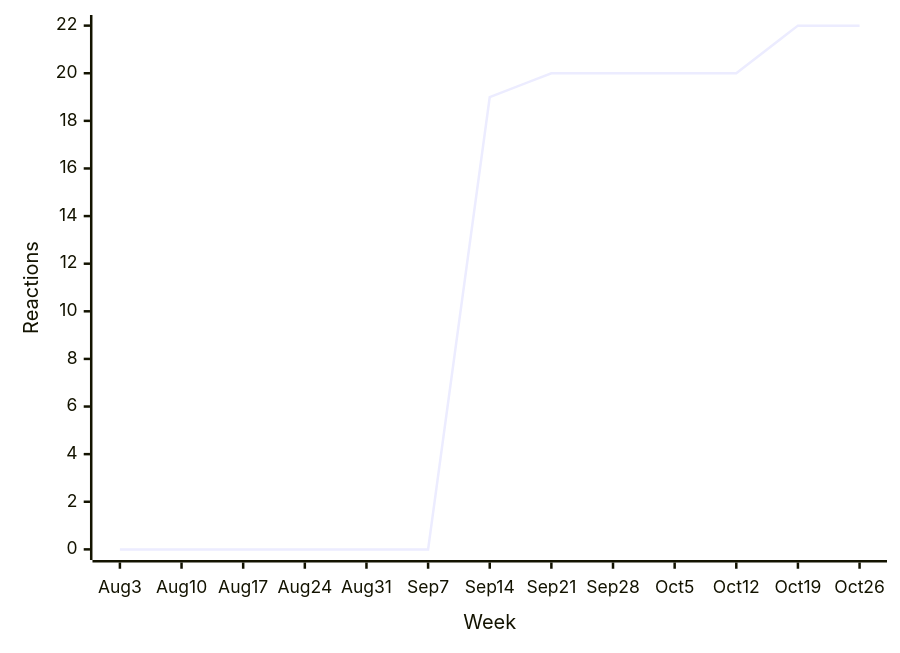
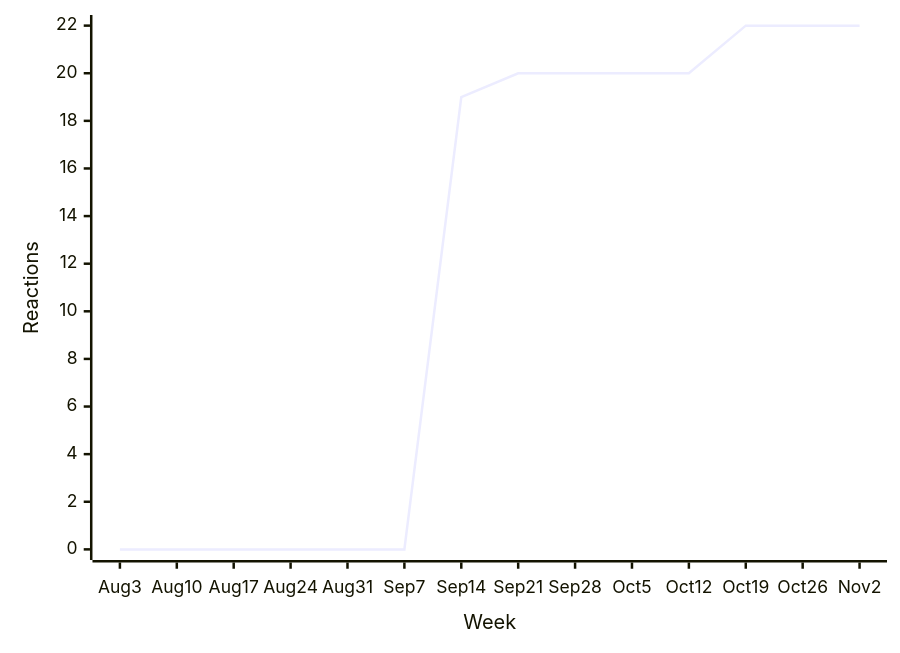
One commit to loic-sharma/github-insights changed the fifth of 38 diagrams in README.md. Above: the diagram before and after it, drawn with Mermaid. The commit also changed other lines of this file and 3 other files, not shown here.

````diff
--- a/README.md
+++ b/README.md
@@ -392,6 +392,6 @@
   ```mermaid
   xychart-beta
-    x-axis "Week" [Aug 3, Aug 10, Aug 17, Aug 24, Aug 31, Sep 7, Sep 14, Sep 21, Sep 28, Oct 5, Oct 12, Oct 19, Oct 26]
+    x-axis "Week" [Aug 3, Aug 10, Aug 17, Aug 24, Aug 31, Sep 7, Sep 14, Sep 21, Sep 28, Oct 5, Oct 12, Oct 19, Oct 26, Nov 2]
     y-axis "Reactions"
-    line [0, 0, 0, 0, 0, 0, 19, 20, 20, 20, 20, 22, 22]
+    line [0, 0, 0, 0, 0, 0, 19, 20, 20, 20, 20, 22, 22, 22]
   ```
````
